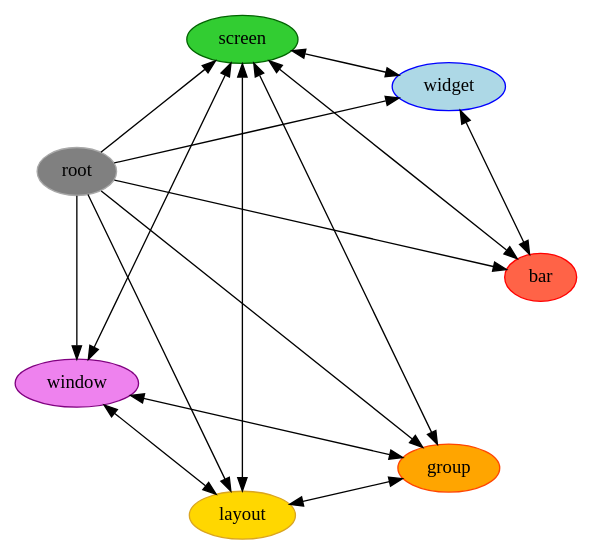
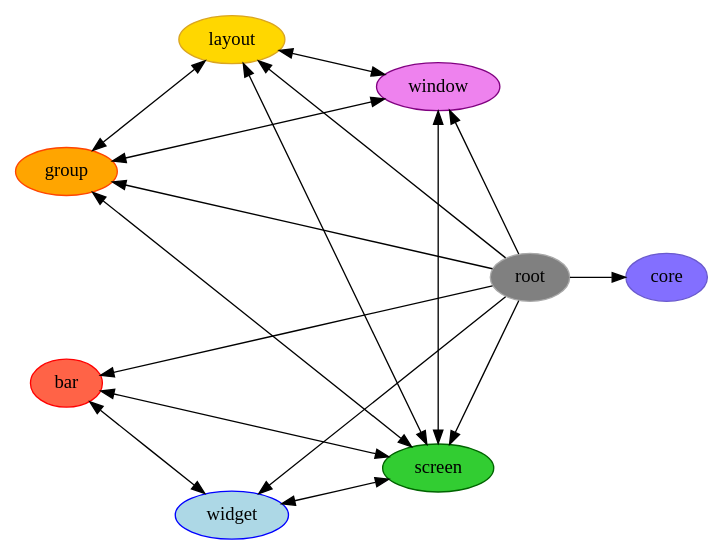
The diagram in docs/_static/diagrams/object-graph-orig.dot (qtile/qtile), drawn with Graphviz before and after one commit. The commit also changed 5 other files, not shown here.

First line of the commit message:
Add core to object graph

```diff
--- a/docs/_static/diagrams/object-graph-orig.dot
+++ b/docs/_static/diagrams/object-graph-orig.dot
@@ -1,46 +1,50 @@
 digraph G {
     layout = circo;
     root = "root";
     splines = true;
 
     node [style="filled", color=DarkGray, fillcolor=Gray, label="root"];
     root;
 
     node [style="filled", color=Red, fillcolor=Tomato, label="bar"];
     bar;
 
     node [style="filled", color=OrangeRed, fillcolor=Orange, label="group"];
     group;
 
     node [style="filled", color=Goldenrod, fillcolor=Gold, label="layout"]
     layout;
 
     node [style="filled", color=DarkGreen, fillcolor=LimeGreen, label="screen"];
     screen;
 
     node [style="filled", color=Blue, fillcolor=LightBlue, label="widget"];
     widget;
 
     node [style="filled", color=Purple, fillcolor=Violet, label="window"];
     window;
 
+    node [style="filled", color=SlateBlue, fillcolor=SlateBlue1, label="core"];
+    core;
+
     root -> bar;
     root -> group;
     root -> layout;
     root -> screen;
     root -> widget;
     root -> window;
+    root -> core;
 
     bar -> screen [dir=both];
     bar -> widget [dir=both];
 
     group -> layout [dir=both];
     group -> screen [dir=both];
     group -> window [dir=both];
 
     layout -> screen [dir=both];
     layout -> window [dir=both];
 
     screen -> window [dir=both];
     screen -> widget [dir=both];
 }
```
